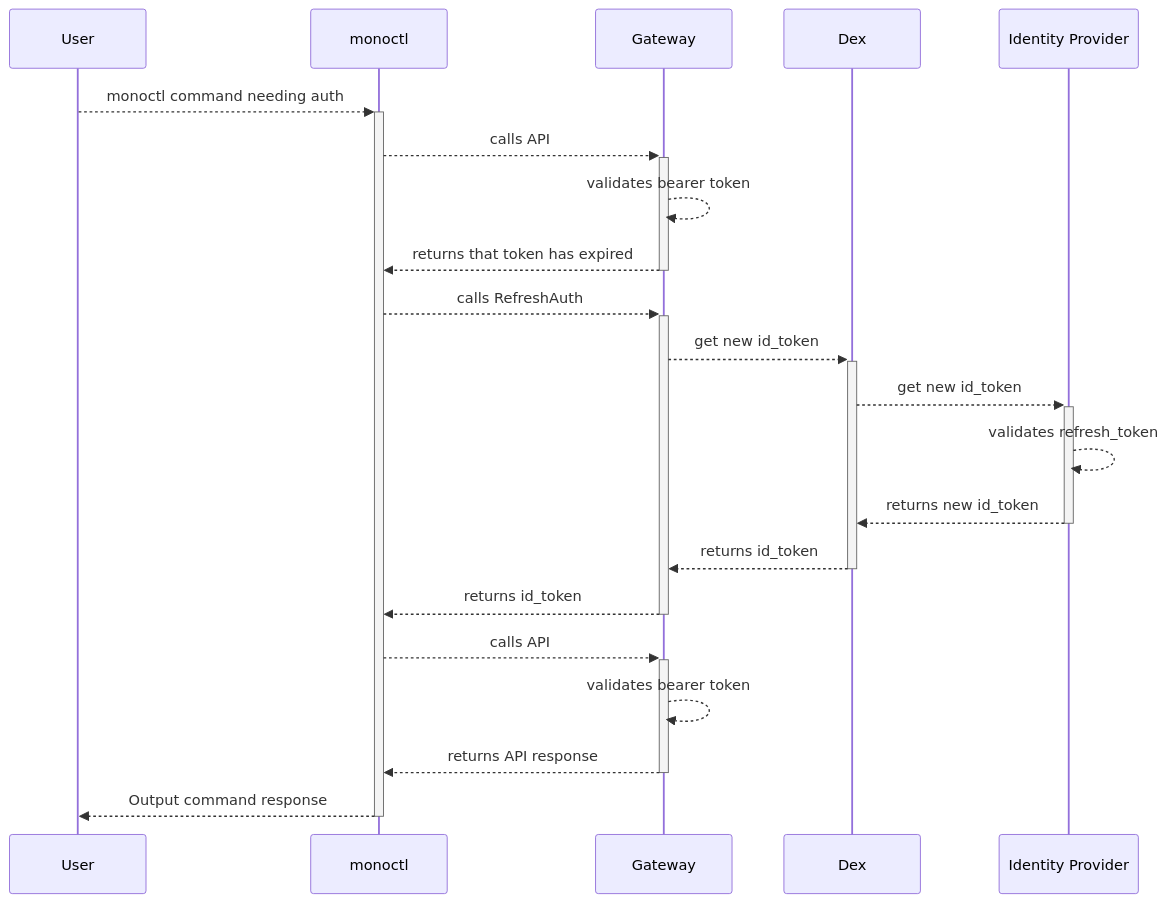
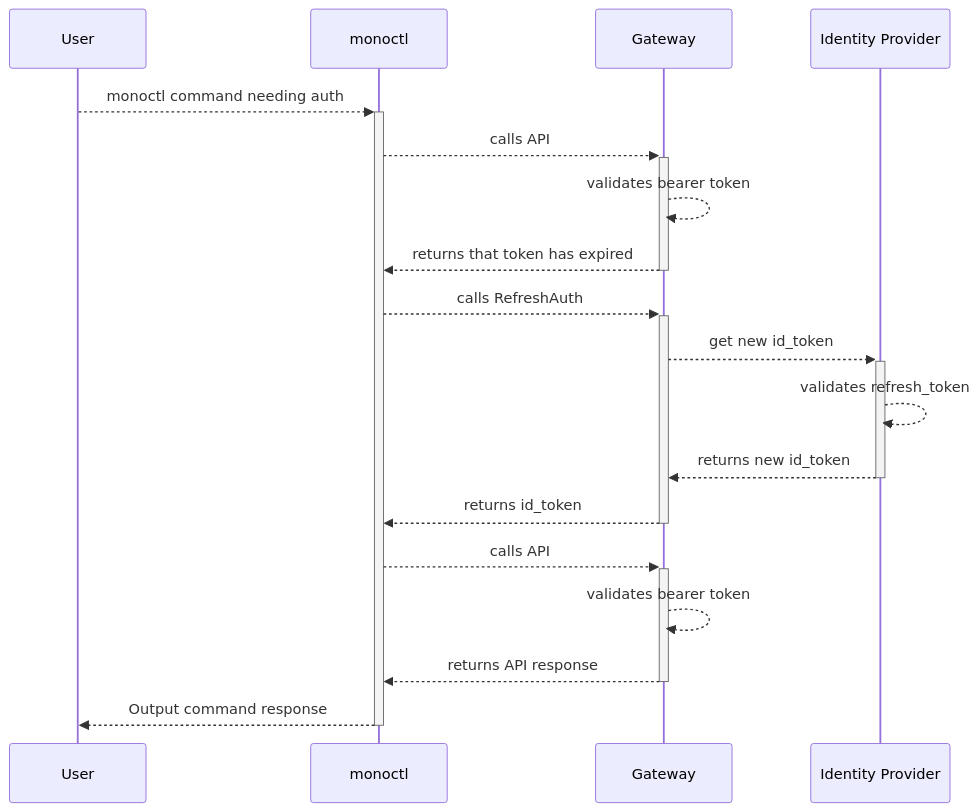
One commit to finleap-connect/monoskope changed the diagram in docs/flow-charts/sd-monoctl-refresh.mmd. Above: the diagram before and after it, drawn with Mermaid. The commit also changed 19 other files, not shown here.

```diff
--- a/docs/flow-charts/sd-monoctl-refresh.mmd
+++ b/docs/flow-charts/sd-monoctl-refresh.mmd
@@ -1,21 +1,18 @@
 sequenceDiagram
     participant U as User
     participant M as monoctl
     participant G as Gateway
-    participant D as Dex
     participant I as Identity Provider
     U-->>+M: monoctl command needing auth
     M-->>+G: calls API
     G-->>G: validates bearer token
     G-->>-M: returns that token has expired
     M-->>+G: calls RefreshAuth
-    G-->>+D: get new id_token
-    D-->>+I: get new id_token
+    G-->>+I: get new id_token
     I-->>I: validates refresh_token
-    I-->>-D: returns new id_token
-    D-->>-G: returns id_token
+    I-->>-G: returns new id_token
     G-->>-M: returns id_token
     M-->>+G: calls API
     G-->>G: validates bearer token
     G-->>-M: returns API response
     M-->>-U: Output command response
```
